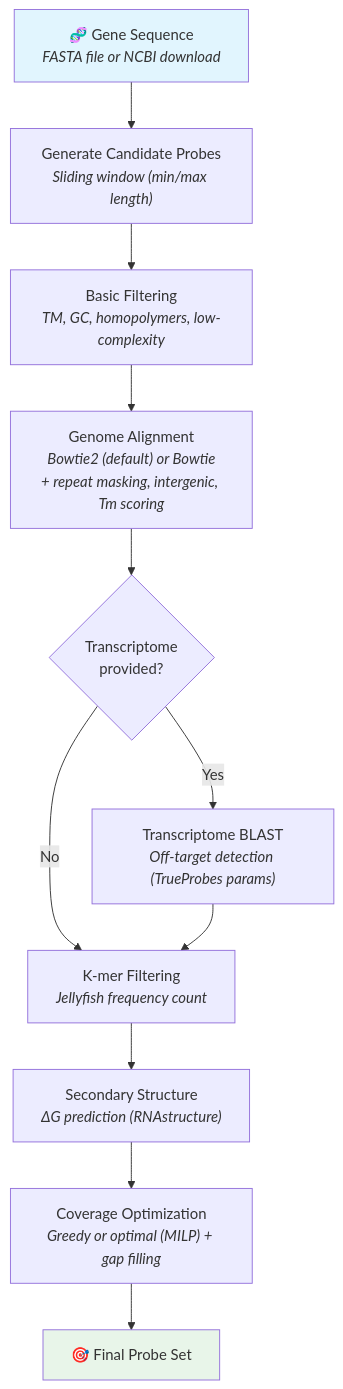
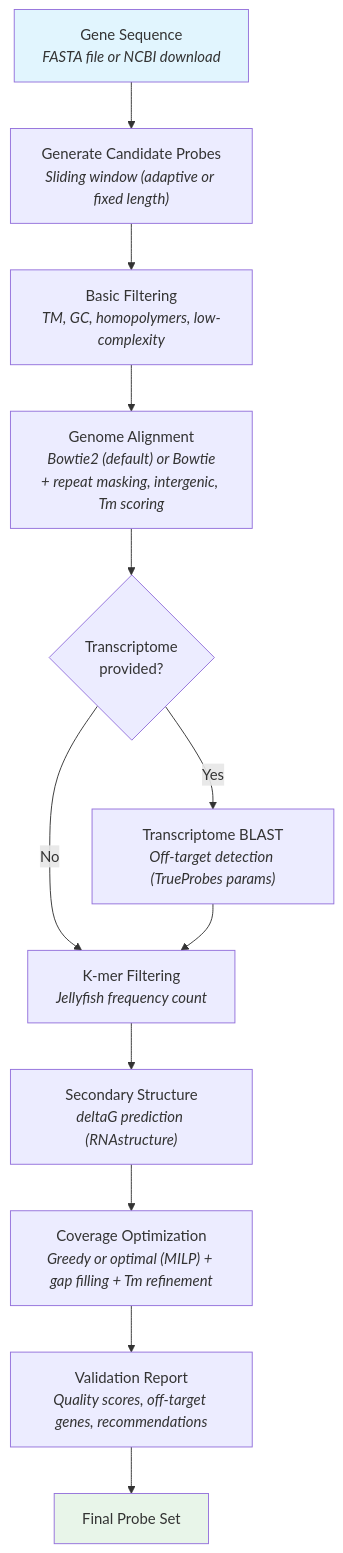
Before and after one commit to BBQuercus/eFISHent: the diagram in README.md, drawn with Mermaid. The commit also changed other lines of this file and 22 other files, not shown here.

````diff
--- a/README.md
+++ b/README.md
@@ -216,22 +231,24 @@
 ```mermaid
 flowchart TD
-    A["🧬 Gene Sequence<br/><i>FASTA file or NCBI download</i>"] --> B["Generate Candidate Probes<br/><i>Sliding window (min/max length)</i>"]
+    A["Gene Sequence<br/><i>FASTA file or NCBI download</i>"] --> B["Generate Candidate Probes<br/><i>Sliding window (adaptive or fixed length)</i>"]
 
     B --> C["Basic Filtering<br/><i>TM, GC, homopolymers, low-complexity</i>"]
 
     C --> D["Genome Alignment<br/><i>Bowtie2 (default) or Bowtie</i><br/><i>+ repeat masking, intergenic, Tm scoring</i>"]
 
     D --> E{"Transcriptome<br/>provided?"}
     E -- Yes --> F["Transcriptome BLAST<br/><i>Off-target detection (TrueProbes params)</i>"]
     E -- No --> G["K-mer Filtering<br/><i>Jellyfish frequency count</i>"]
     F --> G
 
-    G --> H["Secondary Structure<br/><i>ΔG prediction (RNAstructure)</i>"]
+    G --> H["Secondary Structure<br/><i>deltaG prediction (RNAstructure)</i>"]
 
-    H --> I["Coverage Optimization<br/><i>Greedy or optimal (MILP) + gap filling</i>"]
+    H --> I["Coverage Optimization<br/><i>Greedy or optimal (MILP) + gap filling + Tm refinement</i>"]
 
-    I --> J["🎯 Final Probe Set"]
+    I --> K["Validation Report<br/><i>Quality scores, off-target genes, recommendations</i>"]
+
+    K --> J["Final Probe Set"]
 
     style A fill:#e1f5fe
     style J fill:#e8f5e9
 ```
````
